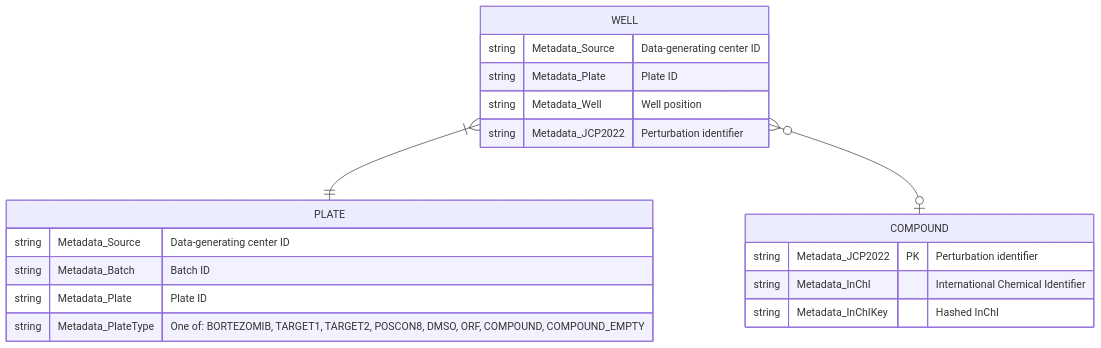
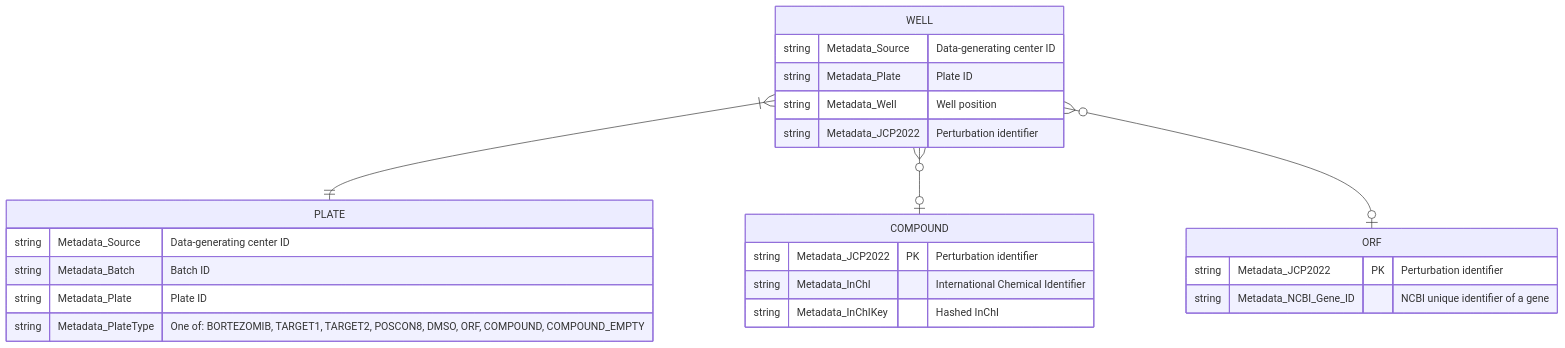
Before and after one commit to jump-cellpainting/datasets: the diagram in metadata/README.md, drawn with Mermaid.

````diff
--- a/metadata/README.md
+++ b/metadata/README.md
@@ -6,22 +6,27 @@
 ```mermaid
 erDiagram
     WELL }|--|| PLATE : ""
     WELL {
         string Metadata_Source "Data-generating center ID"
         string Metadata_Plate "Plate ID"
         string Metadata_Well "Well position"
         string Metadata_JCP2022 "Perturbation identifier"
     }
     PLATE {
         string Metadata_Source "Data-generating center ID"
         string Metadata_Batch "Batch ID"
         string Metadata_Plate "Plate ID"
         string Metadata_PlateType "One of: BORTEZOMIB, TARGET1, TARGET2, POSCON8, DMSO, ORF, COMPOUND, COMPOUND_EMPTY"
     }
     WELL }o--o| COMPOUND : ""
     COMPOUND {
         string Metadata_JCP2022 PK "Perturbation identifier"
         string Metadata_InChI "International Chemical Identifier"
         string Metadata_InChIKey "Hashed InChI"
     }
+    WELL }o--o| ORF : ""
+    ORF {
+        string Metadata_JCP2022 PK "Perturbation identifier"
+        string Metadata_NCBI_Gene_ID "NCBI unique identifier of a gene"
+    }
 ```
````
